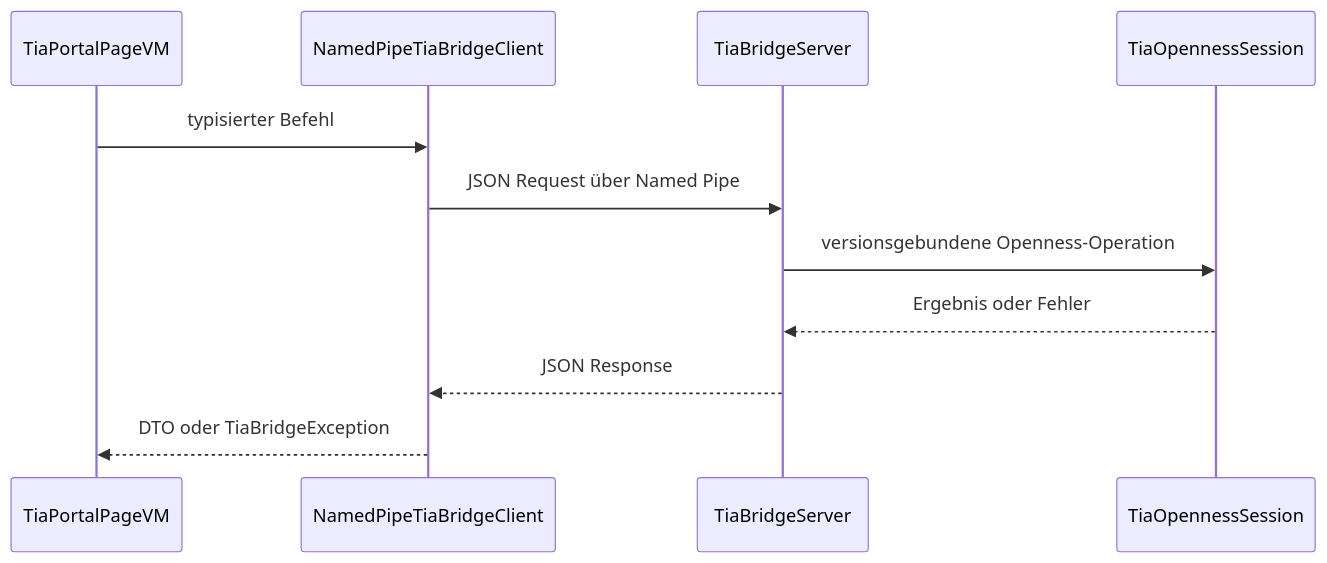
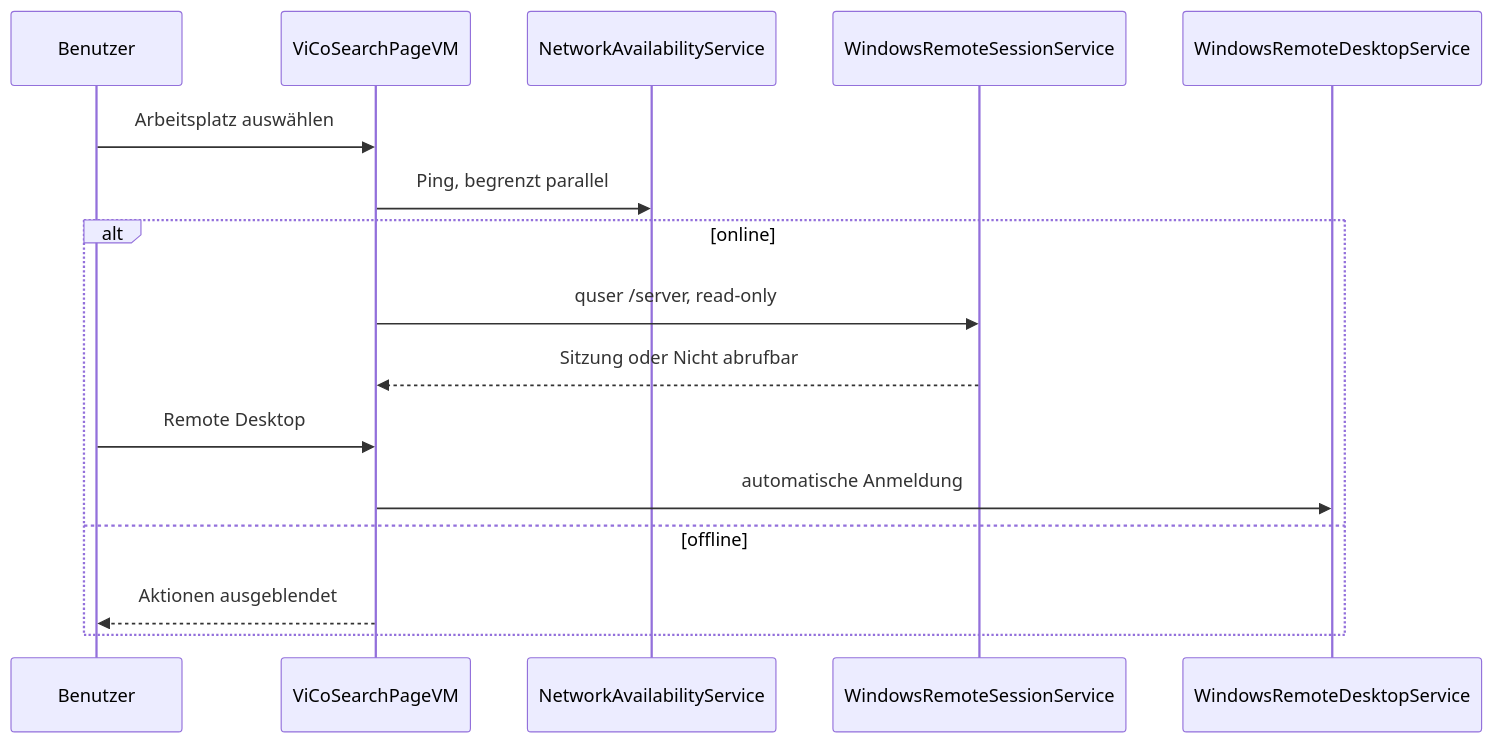
One commit to Marbest4/VIBN_Tools_integratedVico changed the third of 6 diagrams in docs/DATENFLUESSE.md. Above: the diagram before and after it, drawn with Mermaid. The commit also changed other lines of this file and 72 other files, not shown here.

````diff
--- a/docs/DATENFLUESSE.md
+++ b/docs/DATENFLUESSE.md
@@ -35,13 +39,18 @@
 ```mermaid
 sequenceDiagram
-    participant UI as TiaPortalPageVM
-    participant Client as NamedPipeTiaBridgeClient
-    participant Bridge as TiaBridgeServer
-    participant TIA as TiaOpennessSession
-    UI->>Client: typisierter Befehl
-    Client->>Bridge: JSON Request über Named Pipe
-    Bridge->>TIA: versionsgebundene Openness-Operation
-    TIA-->>Bridge: Ergebnis oder Fehler
-    Bridge-->>Client: JSON Response
-    Client-->>UI: DTO oder TiaBridgeException
+    participant U as Benutzer
+    participant VM as ViCoSearchPageVM
+    participant N as NetworkAvailabilityService
+    participant Q as WindowsRemoteSessionService
+    participant R as WindowsRemoteDesktopService
+    U->>VM: Arbeitsplatz auswählen
+    VM->>N: Ping, begrenzt parallel
+    alt online
+        VM->>Q: quser /server, read-only
+        Q-->>VM: Sitzung oder Nicht abrufbar
+        U->>VM: Remote Desktop
+        VM->>R: automatische Anmeldung
+    else offline
+        VM-->>U: Aktionen ausgeblendet
+    end
 ```
````
